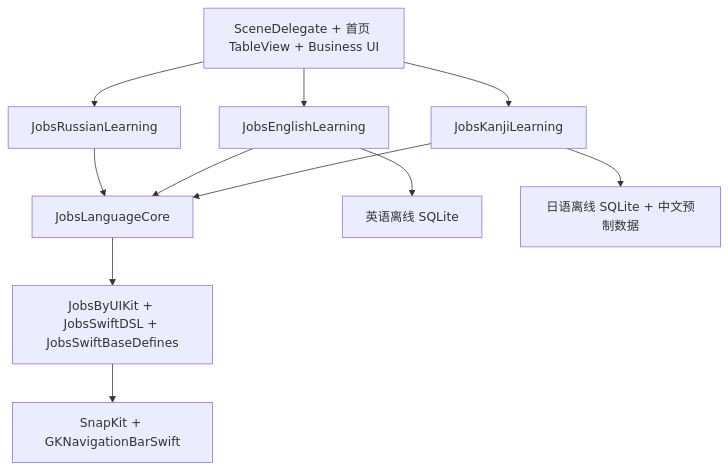
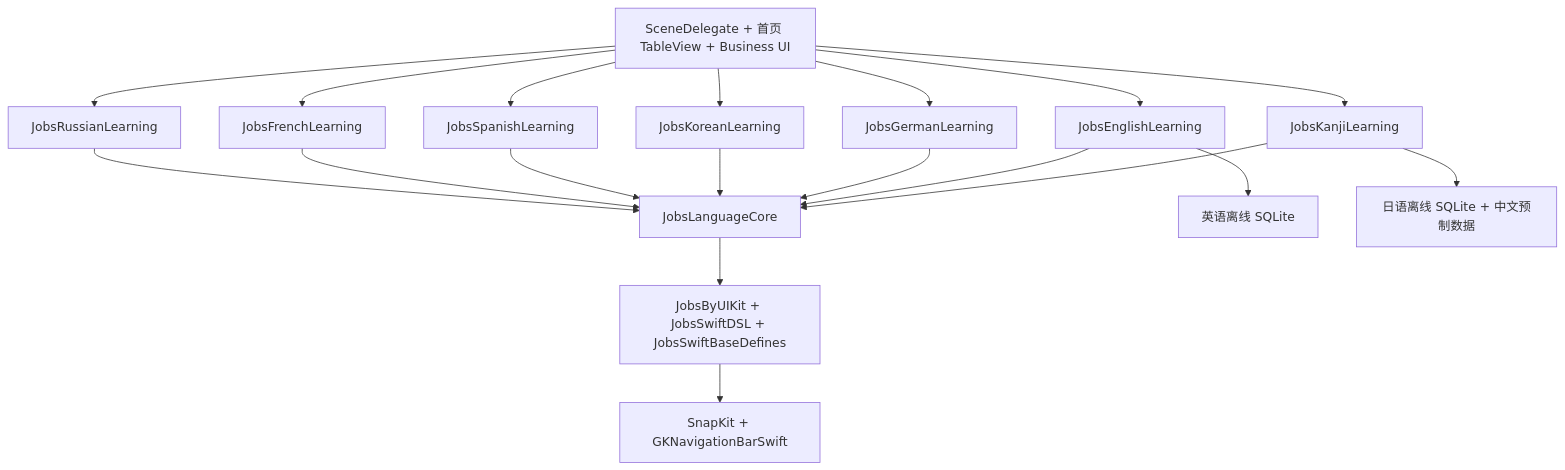
Before and after one commit to JobsKits/JobsLanguageLearning: the diagram in 原生iOS版本/README.md, drawn with Mermaid. The commit also changed other lines of this file and 77 other files, not shown here.

````diff
--- a/原生iOS版本/README.md
+++ b/原生iOS版本/README.md
@@ -71,13 +80,21 @@
 ```mermaid
 flowchart TD
   App[SceneDelegate + 首页 TableView + Business UI] --> RU[JobsRussianLearning]
+  App --> FR[JobsFrenchLearning]
+  App --> ES[JobsSpanishLearning]
+  App --> KO[JobsKoreanLearning]
+  App --> DE[JobsGermanLearning]
   App --> EN[JobsEnglishLearning]
   App --> JP[JobsKanjiLearning]
   RU --> Core[JobsLanguageCore]
+  FR --> Core
+  ES --> Core
+  KO --> Core
+  DE --> Core
   EN --> Core
   JP --> Core
   Core --> UI[JobsByUIKit + JobsSwiftDSL + JobsSwiftBaseDefines]
   UI --> Layout[SnapKit + GKNavigationBarSwift]
   EN --> EnglishDB[英语离线 SQLite]
   JP --> KanjiDB[日语离线 SQLite + 中文预制数据]
 ```
````
